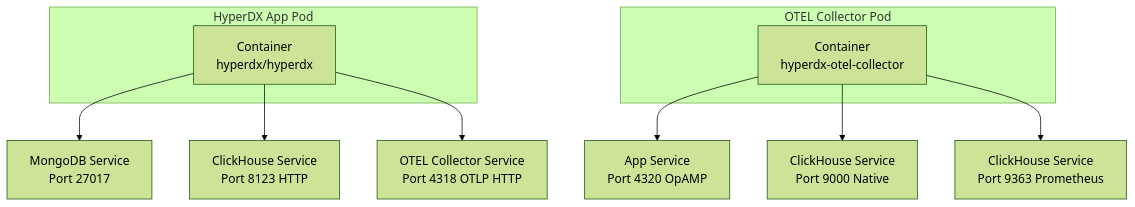
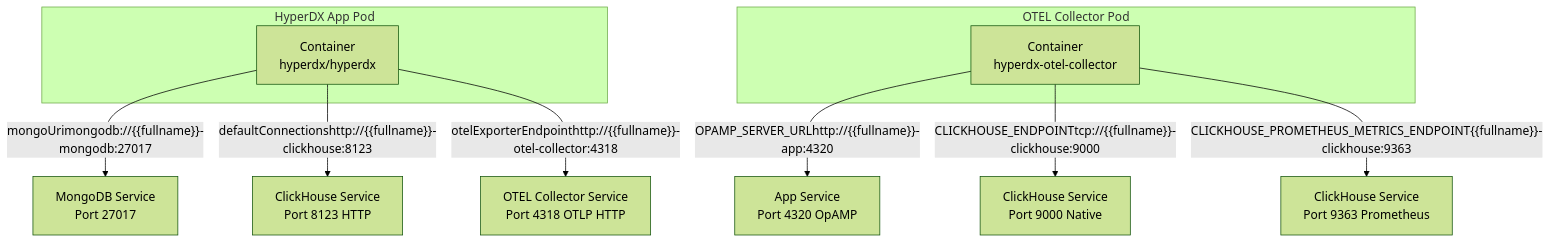
Before and after one commit to openchoreo/openchoreo: the second of 2 diagrams in docs/hyperdxio-helm-charts-docs/Service-Architecture.md, drawn with Mermaid (forest theme). The commit also changed 85 other files, not shown here.

Commit message:
feat: Add new workflow and specification templates, update Helm chart dependencies, and clarify documentation diagrams.

````diff
--- a/docs/hyperdxio-helm-charts-docs/Service-Architecture.md
+++ b/docs/hyperdxio-helm-charts-docs/Service-Architecture.md
@@ -215,27 +215,27 @@
 ```mermaid
 flowchart TD
 
 App["Container<br>hyperdx/hyperdx"]
 OTEL["Container<br>hyperdx-otel-collector"]
 MongoSvc["MongoDB Service<br>Port 27017"]
 CHSvcHTTP["ClickHouse Service<br>Port 8123 HTTP"]
 AppSvcOpAMP["App Service<br>Port 4320 OpAMP"]
 CHSvcNative["ClickHouse Service<br>Port 9000 Native"]
 CHSvcProm["ClickHouse Service<br>Port 9363 Prometheus"]
 OTELSvc["OTEL Collector Service<br>Port 4318 OTLP HTTP"]
 
-App --> MongoSvc
-App --> CHSvcHTTP
-OTEL --> AppSvcOpAMP
-OTEL --> CHSvcNative
-OTEL --> CHSvcProm
-App --> OTELSvc
+App -->|"mongoUrimongodb://{{fullname}}-mongodb:27017"| MongoSvc
+App -->|"defaultConnectionshttp://{{fullname}}-clickhouse:8123"| CHSvcHTTP
+OTEL -->|"OPAMP_SERVER_URLhttp://{{fullname}}-app:4320"| AppSvcOpAMP
+OTEL -->|"CLICKHOUSE_ENDPOINTtcp://{{fullname}}-clickhouse:9000"| CHSvcNative
+OTEL -->|"CLICKHOUSE_PROMETHEUS_METRICS_ENDPOINT{{fullname}}-clickhouse:9363"| CHSvcProm
+App -->|"otelExporterEndpointhttp://{{fullname}}-otel-collector:4318"| OTELSvc
 
 subgraph subGraph1 ["OTEL Collector Pod"]
     OTEL
 end
 
 subgraph subGraph0 ["HyperDX App Pod"]
     App
 end
 ```
````
